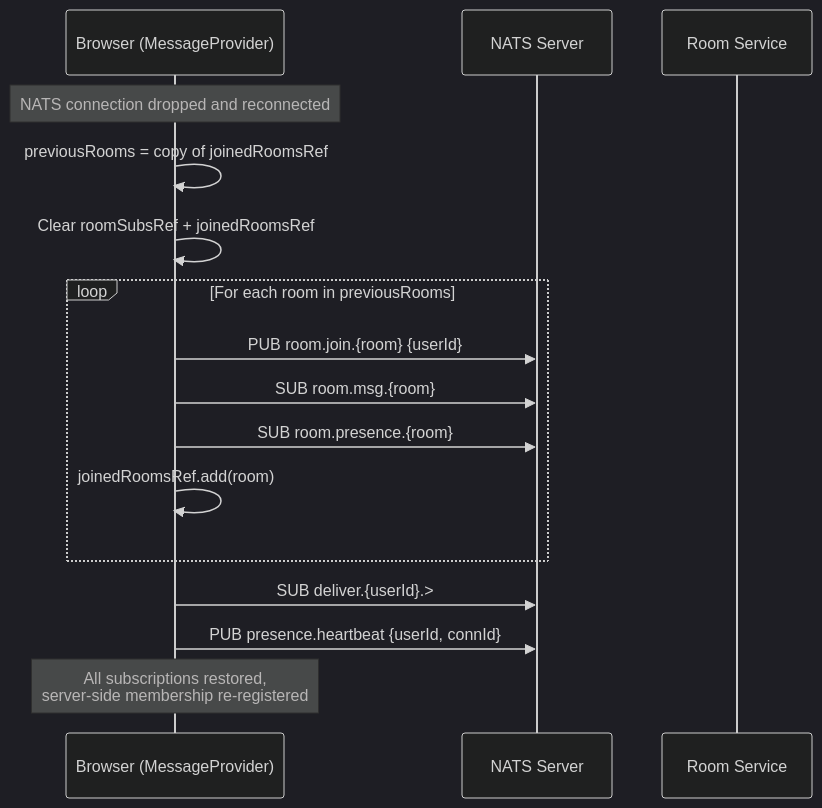
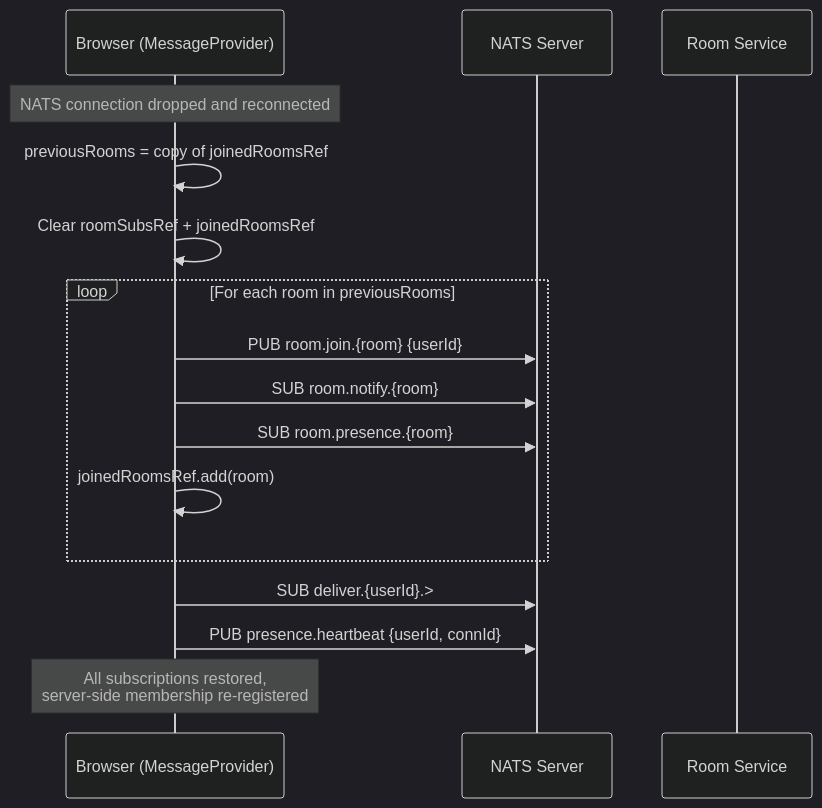
Before and after one commit to julianshen/nats-chat-keycloak: diagram 14 of 16 in docs/plans/2026-02-25-room-subscription-design.md, drawn with Mermaid (dark theme). The commit also changed other lines of this file, not shown here.

First line of the commit message:
docs: rewrite room subscription design for two-stream architecture

````diff
--- a/docs/plans/2026-02-25-room-subscription-design.md
+++ b/docs/plans/2026-02-25-room-subscription-design.md
@@ -463,23 +523,23 @@
 ```mermaid
 sequenceDiagram
     participant Browser as Browser (MessageProvider)
     participant NATS as NATS Server
     participant RoomSvc as Room Service
 
     Note over Browser: NATS connection dropped and reconnected
 
     Browser->>Browser: previousRooms = copy of joinedRoomsRef
     Browser->>Browser: Clear roomSubsRef + joinedRoomsRef
 
     loop For each room in previousRooms
         Browser->>NATS: PUB room.join.{room} {userId}
-        Browser->>NATS: SUB room.msg.{room}
+        Browser->>NATS: SUB room.notify.{room}
         Browser->>NATS: SUB room.presence.{room}
         Browser->>Browser: joinedRoomsRef.add(room)
     end
 
     Browser->>NATS: SUB deliver.{userId}.>
     Browser->>NATS: PUB presence.heartbeat {userId, connId}
 
     Note over Browser: All subscriptions restored,<br/>server-side membership re-registered
 ```
````
